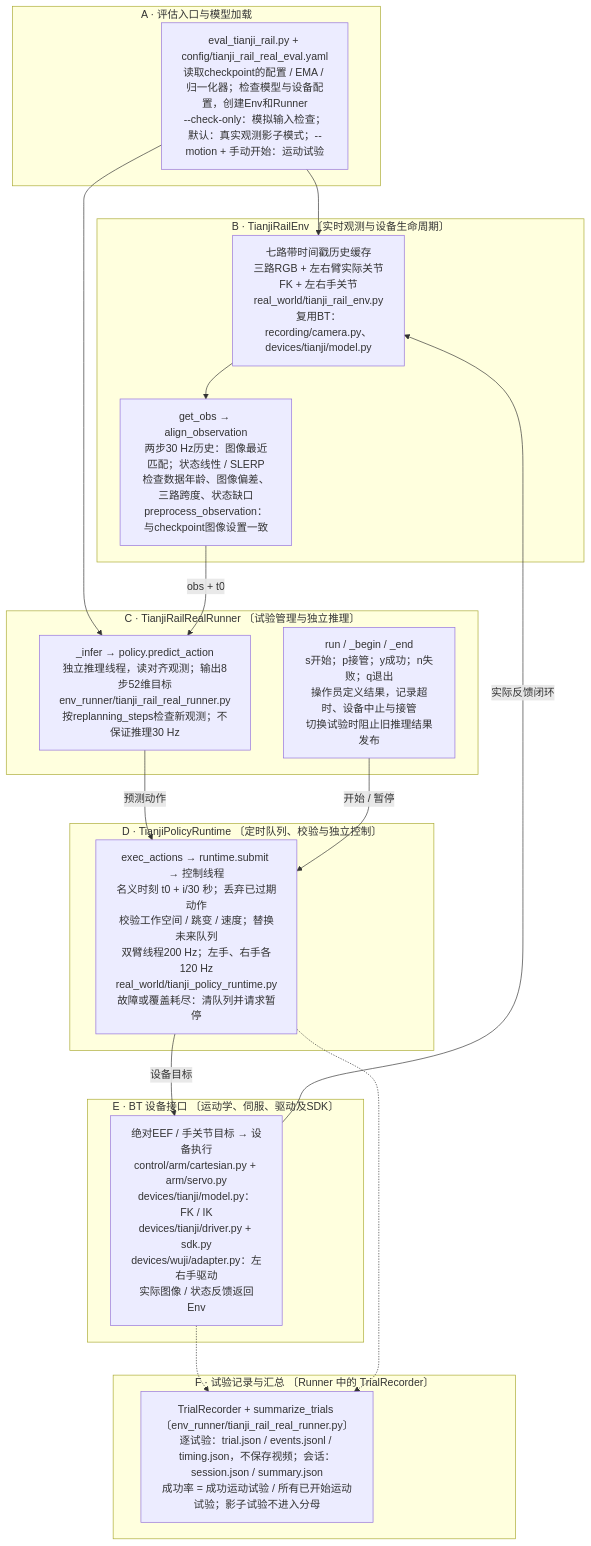
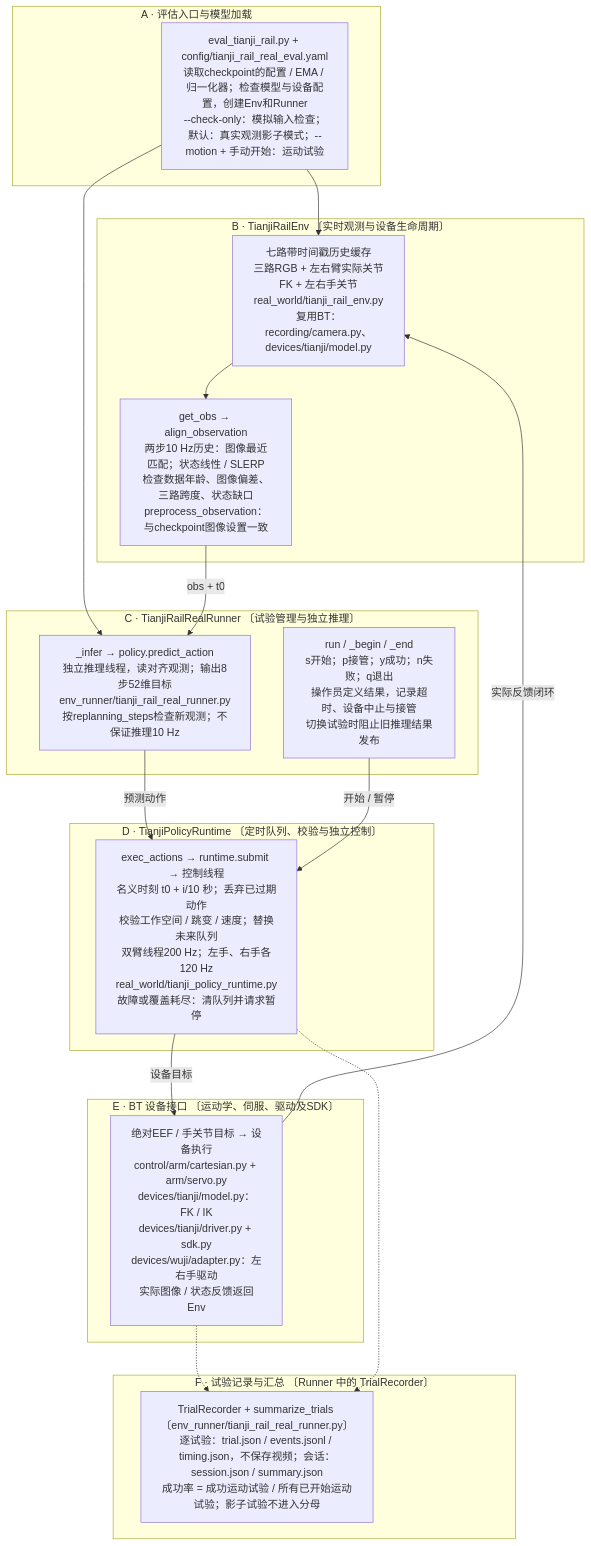
One commit to Wang-Yongsen/diffusion_policy changed the diagram in docs/tianji-rail/task_flow_explanation/03-real-loop.mmd. Above: the diagram before and after it, drawn with Mermaid. The commit also changed 23 other files, not shown here.

Commit message:
updata tianji-rail README (training for different data-collection sample frequency)

```diff
--- a/docs/tianji-rail/task_flow_explanation/03-real-loop.mmd
+++ b/docs/tianji-rail/task_flow_explanation/03-real-loop.mmd
@@ -1,32 +1,32 @@
 %% 节点、组件边界与PNG由同一份规格生成；PNG布局单独指定。
 flowchart TD
   subgraph entry["A · 评估入口与模型加载"]
     entry_n["eval_tianji_rail.py + config/tianji_rail_real_eval.yaml<br/>读取checkpoint的配置 / EMA / 归一化器；检查模型与设备配置，创建Env和Runner<br/>--check-only：模拟输入检查；默认：真实观测影子模式；--motion + 手动开始：运动试验"]
   end
   subgraph env["B · TianjiRailEnv 〔实时观测与设备生命周期〕"]
     history["七路带时间戳历史缓存<br/>三路RGB + 左右臂实际关节FK + 左右手关节<br/>real_world/tianji_rail_env.py<br/>复用BT：recording/camera.py、devices/tianji/model.py"]
-    align["get_obs → align_observation<br/>两步30 Hz历史：图像最近匹配；状态线性 / SLERP<br/>检查数据年龄、图像偏差、三路跨度、状态缺口<br/>preprocess_observation：与checkpoint图像设置一致"]
+    align["get_obs → align_observation<br/>两步10 Hz历史：图像最近匹配；状态线性 / SLERP<br/>检查数据年龄、图像偏差、三路跨度、状态缺口<br/>preprocess_observation：与checkpoint图像设置一致"]
   end
   subgraph runner["C · TianjiRailRealRunner 〔试验管理与独立推理〕"]
-    infer["_infer → policy.predict_action<br/>独立推理线程，读对齐观测；输出8步52维目标<br/>env_runner/tianji_rail_real_runner.py<br/>按replanning_steps检查新观测；不保证推理30 Hz"]
+    infer["_infer → policy.predict_action<br/>独立推理线程，读对齐观测；输出8步52维目标<br/>env_runner/tianji_rail_real_runner.py<br/>按replanning_steps检查新观测；不保证推理10 Hz"]
     trial["run / _begin / _end<br/>s开始；p接管；y成功；n失败；q退出<br/>操作员定义结果，记录超时、设备中止与接管<br/>切换试验时阻止旧推理结果发布"]
   end
   subgraph runtime["D · TianjiPolicyRuntime 〔定时队列、校验与独立控制〕"]
-    schedule["exec_actions → runtime.submit → 控制线程<br/>名义时刻 t0 + i/30 秒；丢弃已过期动作<br/>校验工作空间 / 跳变 / 速度；替换未来队列<br/>双臂线程200 Hz；左手、右手各120 Hz<br/>real_world/tianji_policy_runtime.py<br/>故障或覆盖耗尽：清队列并请求暂停"]
+    schedule["exec_actions → runtime.submit → 控制线程<br/>名义时刻 t0 + i/10 秒；丢弃已过期动作<br/>校验工作空间 / 跳变 / 速度；替换未来队列<br/>双臂线程200 Hz；左手、右手各120 Hz<br/>real_world/tianji_policy_runtime.py<br/>故障或覆盖耗尽：清队列并请求暂停"]
   end
   subgraph device["E · BT 设备接口 〔运动学、伺服、驱动及SDK〕"]
     devices["绝对EEF / 手关节目标 → 设备执行<br/>control/arm/cartesian.py + arm/servo.py<br/>devices/tianji/model.py：FK / IK<br/>devices/tianji/driver.py + sdk.py<br/>devices/wuji/adapter.py：左右手驱动<br/>实际图像 / 状态反馈返回Env"]
   end
   subgraph record["F · 试验记录与汇总 〔Runner 中的 TrialRecorder〕"]
     log["TrialRecorder + summarize_trials 〔env_runner/tianji_rail_real_runner.py〕<br/>逐试验：trial.json / events.jsonl / timing.json，不保存视频；会话：session.json / summary.json<br/>成功率 = 成功运动试验 / 所有已开始运动试验；影子试验不进入分母"]
   end
   entry_n --> history
   entry_n --> infer
   history --> align
   align -->|"obs + t0"| infer
   infer -->|"预测动作"| schedule
   trial -->|"开始 / 暂停"| schedule
   schedule -->|"设备目标"| devices
   devices -->|"实际反馈闭环"| history
   devices -.-> log
   schedule -.-> log
```
